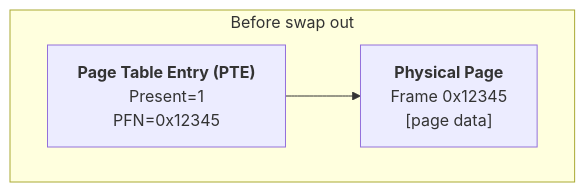
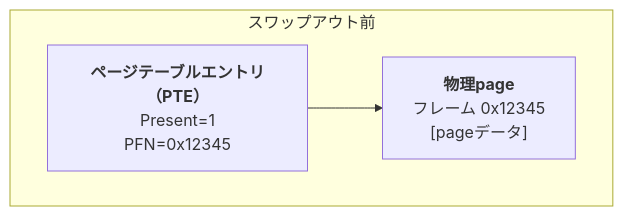
One commit to doguto/linux-kernel-internals-jp changed the eighth of 16 diagrams in docs/mm/swapping.md. Above: the diagram before and after it, drawn with Mermaid. The commit also changed other lines of this file and 27 other files, not shown here.

````diff
--- a/docs/mm/swapping.md
+++ b/docs/mm/swapping.md
@@ -287,9 +287,9 @@
 ```mermaid
 flowchart LR
-    subgraph Before["Before swap out"]
+    subgraph Before["スワップアウト前"]
         direction LR
-        PTE1["<b>Page Table Entry (PTE)</b><br/>Present=1<br/>PFN=0x12345"]
-        PP["<b>Physical Page</b><br/>Frame 0x12345<br/>[page data]"]
+        PTE1["<b>ページテーブルエントリ（PTE）</b><br/>Present=1<br/>PFN=0x12345"]
+        PP["<b>物理page</b><br/>フレーム 0x12345<br/>[pageデータ]"]
         PTE1 --> PP
     end
 ```
````
